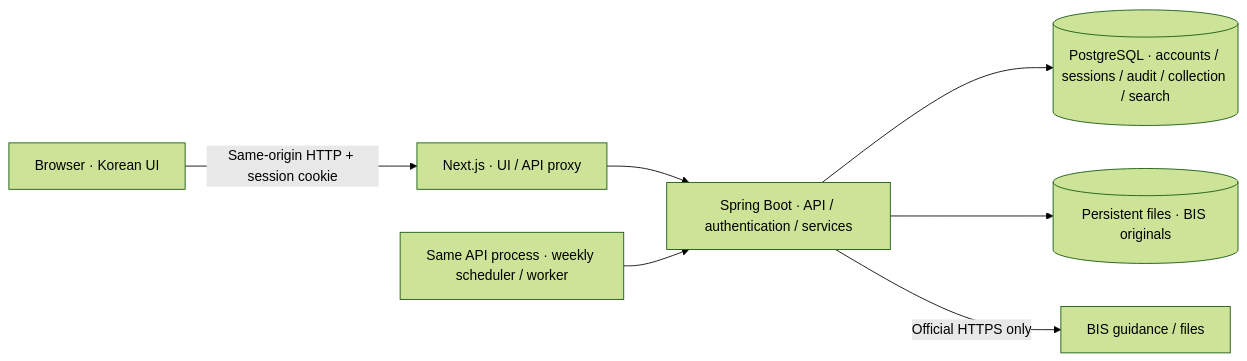
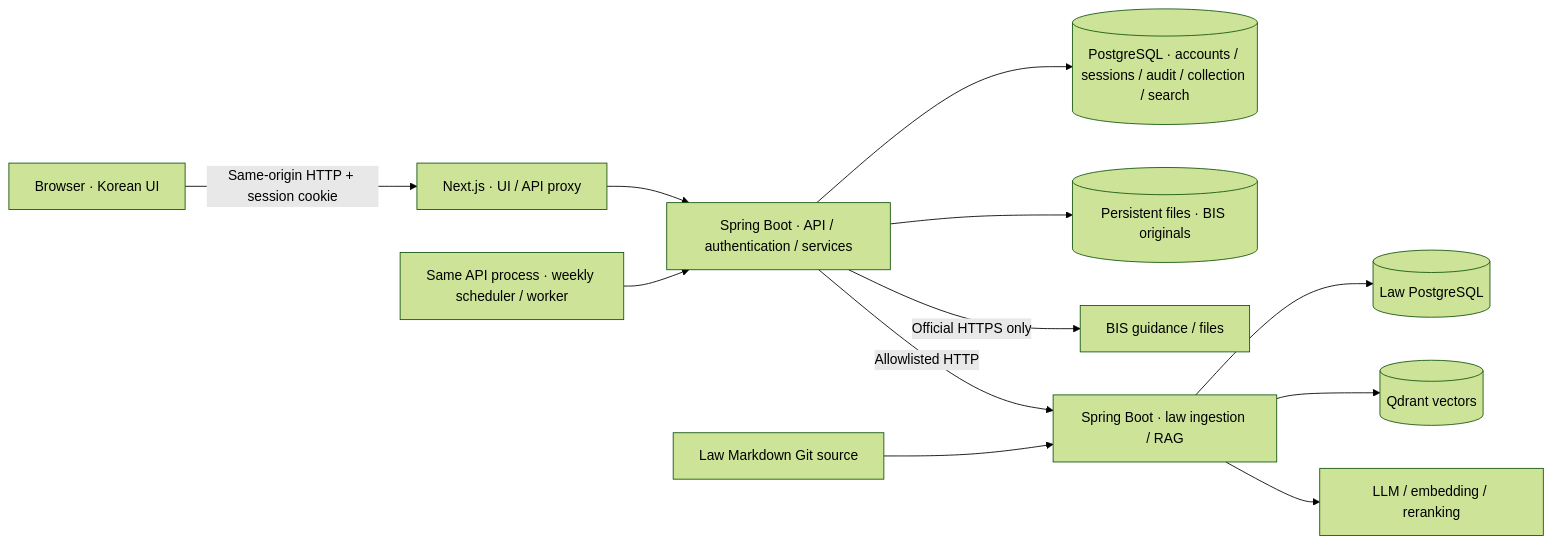
One commit to yrumupusm/tradeops_hub changed the second of 4 diagrams in docs/en/architecture/c4.md. Above: the diagram before and after it, drawn with Mermaid (forest theme). The commit also changed other lines of this file and 17 other files, not shown here.

Commit message:
docs: reconcile architecture and record prepublication verification

````diff
--- a/docs/en/architecture/c4.md
+++ b/docs/en/architecture/c4.md
@@ -15,9 +17,14 @@
 ```mermaid
 flowchart LR
  Browser["Browser · Korean UI"] -->|"Same-origin HTTP + session cookie"| Web["Next.js · UI / API proxy"]
  Web --> API["Spring Boot · API / authentication / services"]
  API --> DB[("PostgreSQL · accounts / sessions / audit / collection / search")]
  API --> Files[("Persistent files · BIS originals")]
  API -->|"Official HTTPS only"| BIS["BIS guidance / files"]
  Worker["Same API process · weekly scheduler / worker"] --> API
+ API -->|"Allowlisted HTTP"| Law["Spring Boot · law ingestion / RAG"]
+ Law --> LawDB[("Law PostgreSQL")]
+ Law --> Q[("Qdrant vectors")]
+ Law --> Models["LLM / embedding / reranking"]
+ Sources["Law Markdown Git source"] --> Law
 ```
````
